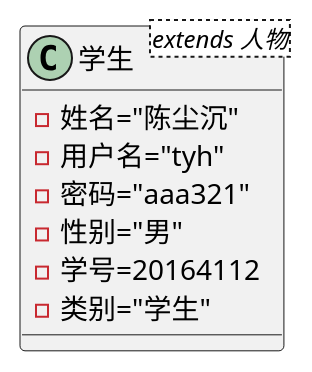
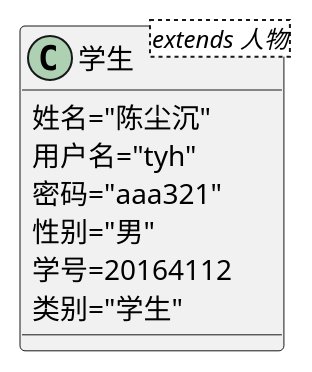
The diagram in test3/puml/student.puml (YYttaa/is_analysis-2), drawn with PlantUML before and after one commit. The commit also changed 12 other files, not shown here.

```diff
--- a/test3/puml/student.puml
+++ b/test3/puml/student.puml
@@ -1,10 +1,10 @@
 @startuml
 class 学生<extends 人物>{
-    -姓名="陈尘沉"
-    -用户名="tyh"
-    -密码="aaa321"
-    -性别="男"
-    -学号=20164112
-    -类别="学生"
+    姓名="陈尘沉"
+    用户名="tyh"
+    密码="aaa321"
+    性别="男"
+    学号=20164112
+    类别="学生"
  }
 @enduml
```
